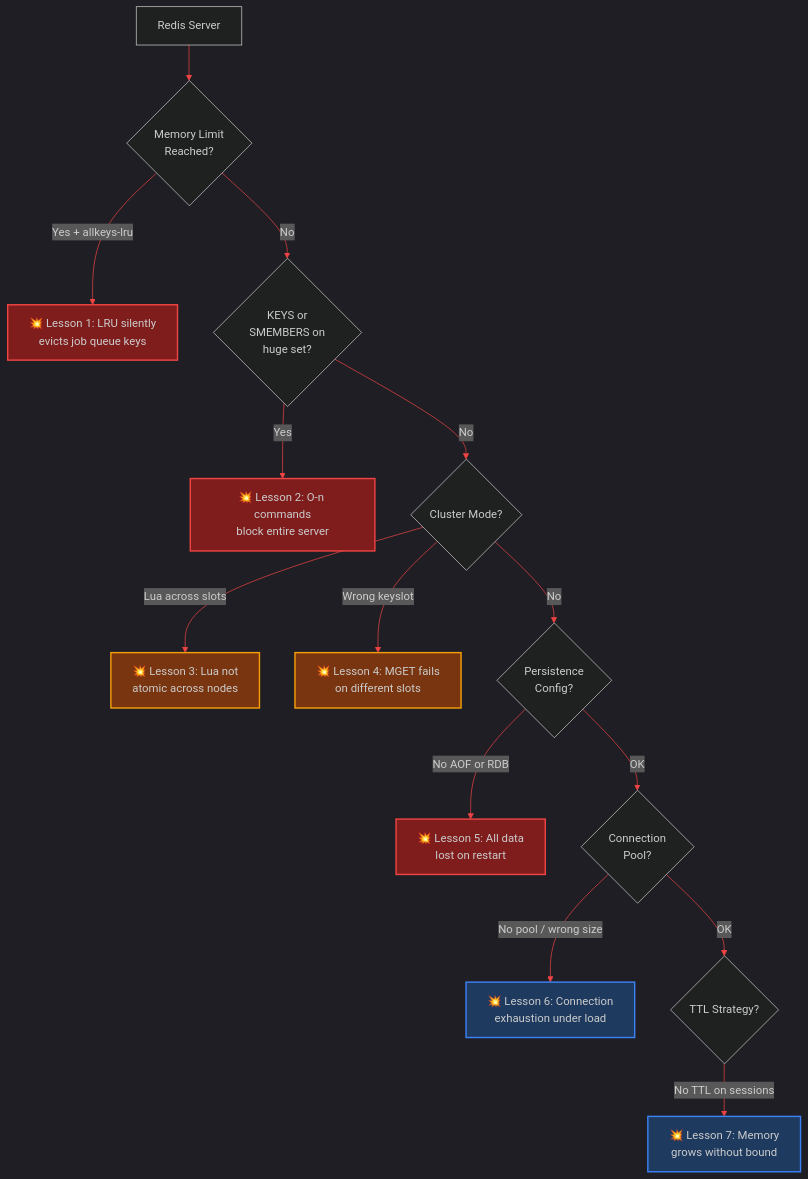
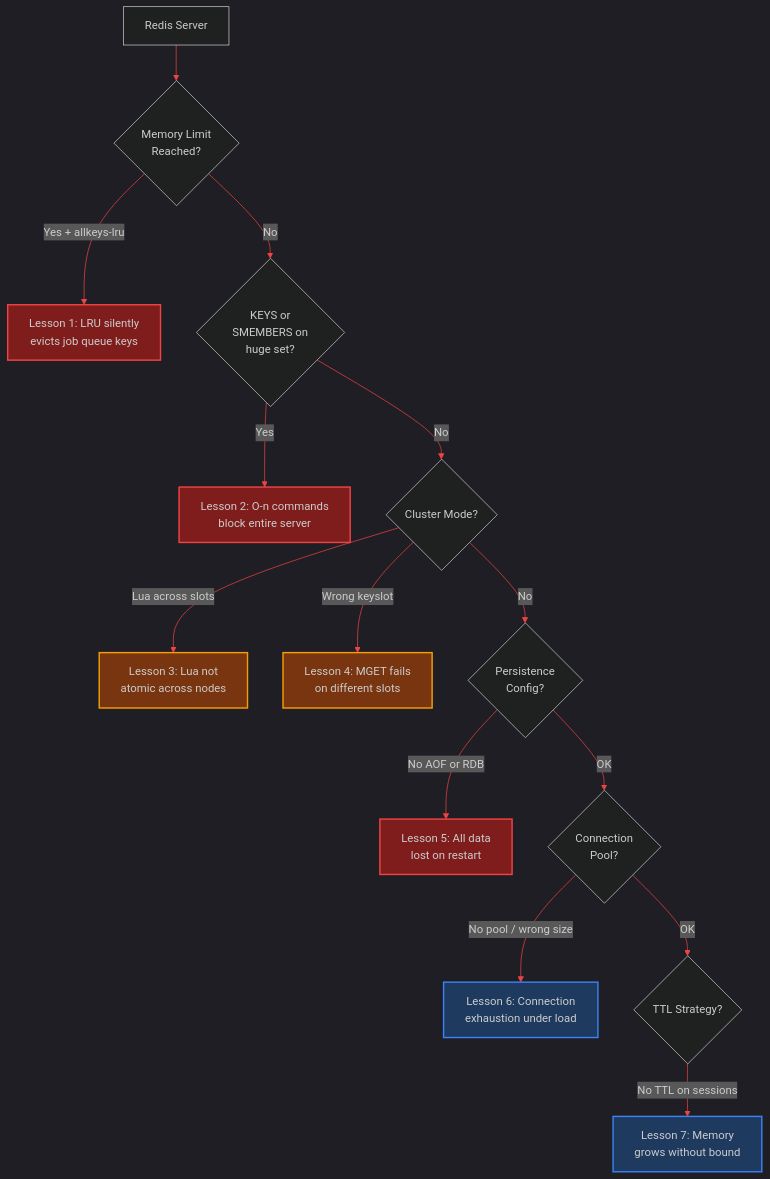
Before and after one commit to akmalkhaniub/akmalkhaniub.github.io: the diagram in blog/posts/redis-production-hard-lessons.md, drawn with Mermaid. The commit also changed other lines of this file and 411 other files, not shown here.

````diff
--- a/blog/posts/redis-production-hard-lessons.md
+++ b/blog/posts/redis-production-hard-lessons.md
@@ -17,25 +17,25 @@
 ```mermaid
 %%{init: {'theme': 'dark', 'themeVariables': { 'primaryColor': '#ef4444', 'primaryTextColor': '#f3f4f6', 'primaryBorderColor': '#f87171', 'lineColor': '#ef4444', 'secondaryColor': '#111827', 'tertiaryColor': '#0f172a'}}}%%
 flowchart TD
     R[Redis Server] --> L1{Memory Limit<br/>Reached?}
-    L1 -->|Yes + allkeys-lru| E1[💥 Lesson 1: LRU silently<br/>evicts job queue keys]
+    L1 -->|Yes + allkeys-lru| E1[ Lesson 1: LRU silently<br/>evicts job queue keys]
     L1 -->|No| L2{KEYS or<br/>SMEMBERS on<br/>huge set?}
-    L2 -->|Yes| E2[💥 Lesson 2: O-n commands<br/>block entire server]
+    L2 -->|Yes| E2[ Lesson 2: O-n commands<br/>block entire server]
     L2 -->|No| L3{Cluster Mode?}
-    L3 -->|Lua across slots| E3[💥 Lesson 3: Lua not<br/>atomic across nodes]
-    L3 -->|Wrong keyslot| E4[💥 Lesson 4: MGET fails<br/>on different slots]
+    L3 -->|Lua across slots| E3[ Lesson 3: Lua not<br/>atomic across nodes]
+    L3 -->|Wrong keyslot| E4[ Lesson 4: MGET fails<br/>on different slots]
     L3 -->|No| L4{Persistence<br/>Config?}
-    L4 -->|No AOF or RDB| E5[💥 Lesson 5: All data<br/>lost on restart]
+    L4 -->|No AOF or RDB| E5[ Lesson 5: All data<br/>lost on restart]
     L4 -->|OK| L5{Connection<br/>Pool?}
-    L5 -->|No pool / wrong size| E6[💥 Lesson 6: Connection<br/>exhaustion under load]
+    L5 -->|No pool / wrong size| E6[ Lesson 6: Connection<br/>exhaustion under load]
     L5 -->|OK| L6{TTL Strategy?}
-    L6 -->|No TTL on sessions| E7[💥 Lesson 7: Memory<br/>grows without bound]
+    L6 -->|No TTL on sessions| E7[ Lesson 7: Memory<br/>grows without bound]
 
     style E1 fill:#7f1d1d,stroke:#ef4444,stroke-width:2px
     style E2 fill:#7f1d1d,stroke:#ef4444,stroke-width:2px
     style E3 fill:#78350f,stroke:#f59e0b,stroke-width:2px
     style E4 fill:#78350f,stroke:#f59e0b,stroke-width:2px
     style E5 fill:#7f1d1d,stroke:#ef4444,stroke-width:2px
     style E6 fill:#1e3a5f,stroke:#3b82f6,stroke-width:2px
     style E7 fill:#1e3a5f,stroke:#3b82f6,stroke-width:2px
 ```
````
